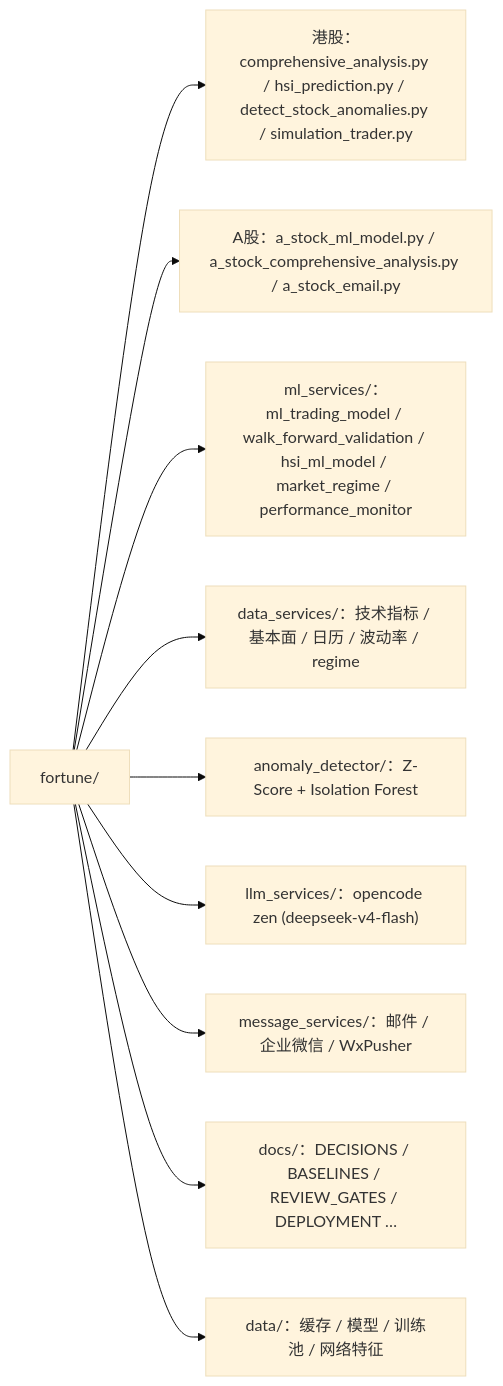
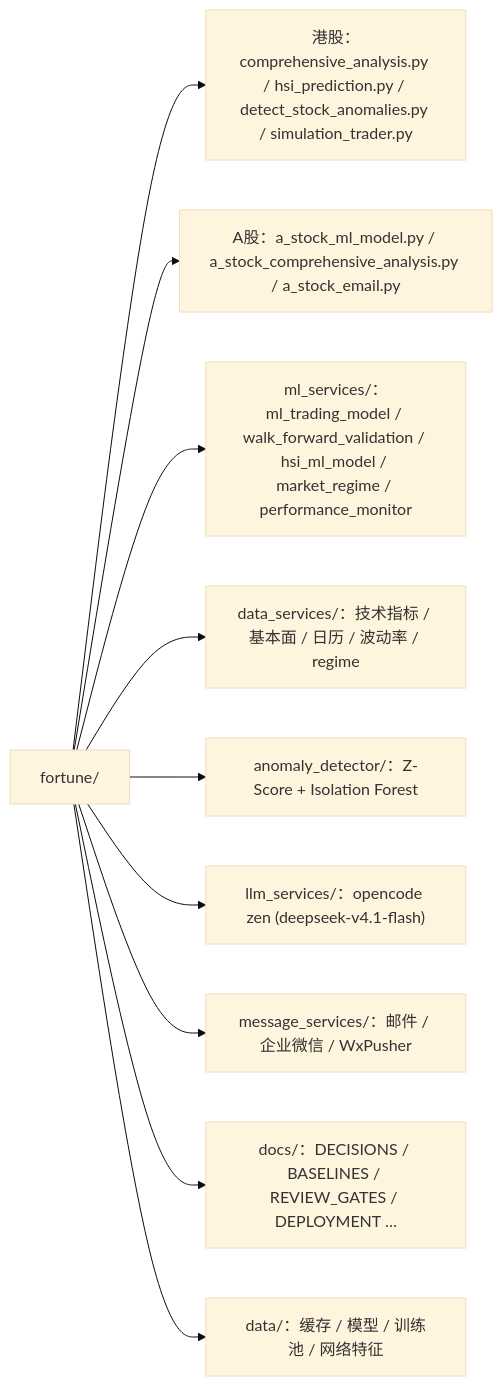
The second of 2 diagrams in data/readmes/wonglaitung__fortune.md (zqf20096327/ai_collect), drawn with Mermaid (base theme) before and after one commit. The commit also changed other lines of this file and 1983 other files, not shown here.

````diff
--- a/data/readmes/wonglaitung__fortune.md
+++ b/data/readmes/wonglaitung__fortune.md
@@ -251,13 +251,13 @@
 ```mermaid
 flowchart LR
     ROOT["fortune/"]
     ROOT --> HK["港股：comprehensive_analysis.py / hsi_prediction.py / detect_stock_anomalies.py / simulation_trader.py"]
     ROOT --> A["A股：a_stock_ml_model.py / a_stock_comprehensive_analysis.py / a_stock_email.py"]
     ROOT --> ML["ml_services/：ml_trading_model / walk_forward_validation / hsi_ml_model / market_regime / performance_monitor"]
     ROOT --> DS["data_services/：技术指标 / 基本面 / 日历 / 波动率 / regime"]
     ROOT --> AN["anomaly_detector/：Z-Score + Isolation Forest"]
-    ROOT --> LLM["llm_services/：opencode zen (deepseek-v4-flash)"]
+    ROOT --> LLM["llm_services/：opencode zen (deepseek-v4.1-flash)"]
     ROOT --> MSG["message_services/：邮件 / 企业微信 / WxPusher"]
     ROOT --> DOC["docs/：DECISIONS / BASELINES / REVIEW_GATES / DEPLOYMENT …"]
     ROOT --> DAT["data/：缓存 / 模型 / 训练池 / 网络特征"]
 ```
````
